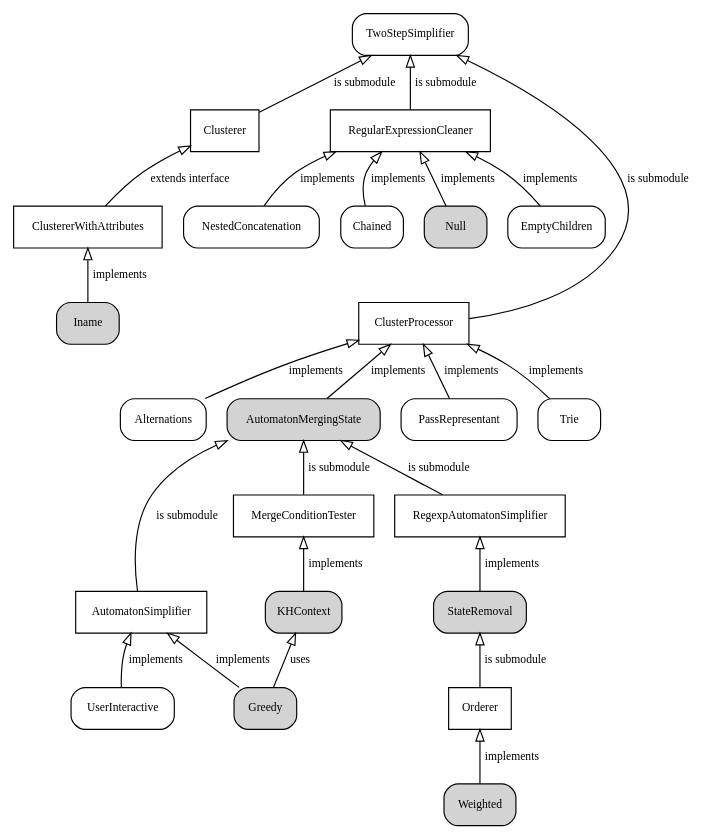
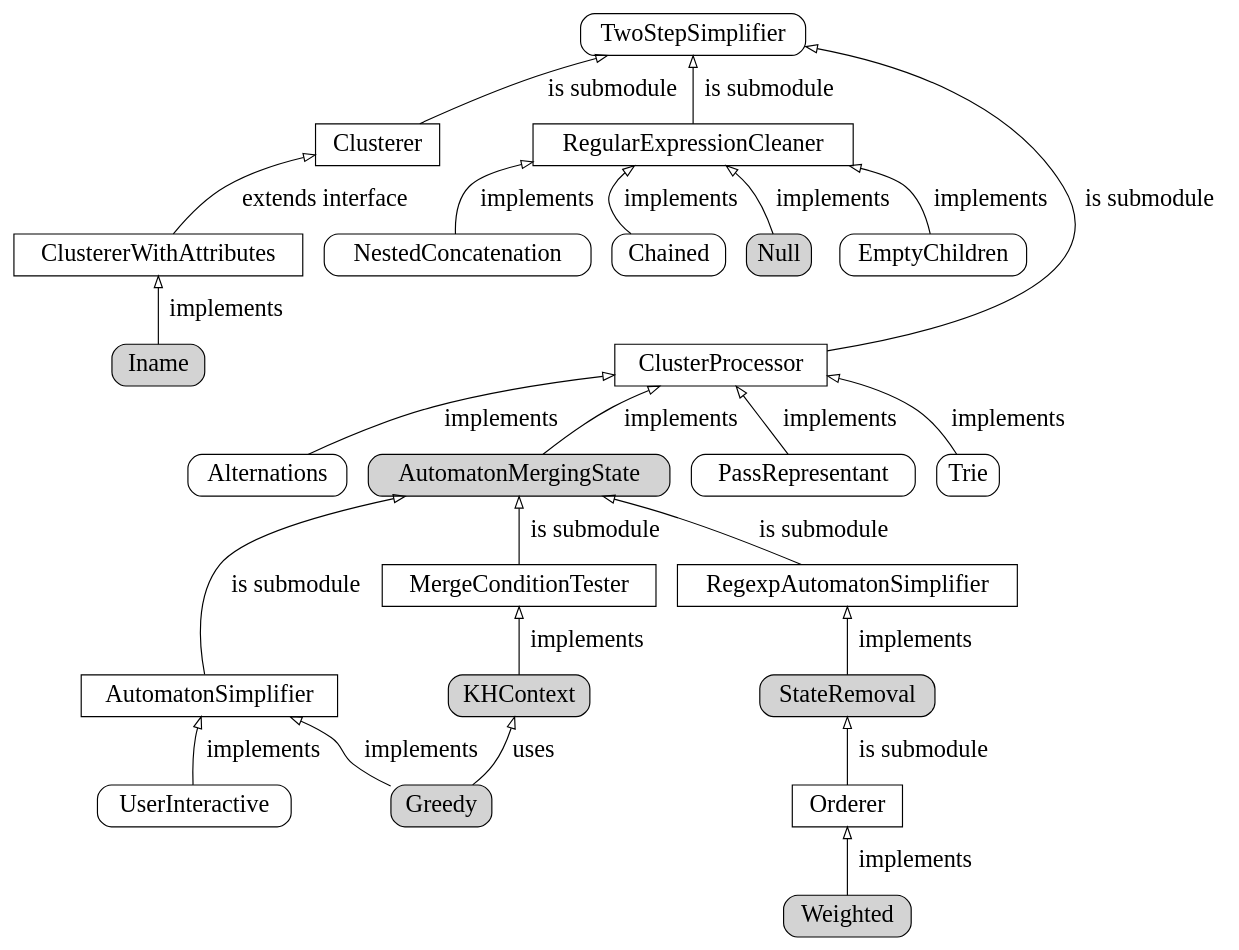
One commit to otmarjr/jInfer-fork changed the diagram in doc/jInfer/twostep/twostep_modules_complete.gv. Above: the diagram before and after it, drawn with Graphviz. The commit also changed 5 other files, not shown here.

Commit message:
3159165 Create documentation fof TwoStep simplifier - magic number mangling on figures to get it on 15 pages, also wraped figure used.

```diff
--- a/doc/jInfer/twostep/twostep_modules_complete.gv
+++ b/doc/jInfer/twostep/twostep_modules_complete.gv
@@ -1,73 +1,74 @@
 digraph twostep_modules_complete {
-	node [shape = rectangle, fontname = "TeXGyrePagella-Regular", fontsize = 10];
-	edge [fontname = "TeXGyrePagella-Regular", fontsize = 10, arrowhead = empty];
+	node [shape = rectangle, fontname = "TeXGyrePagella-Regular", fontsize = 21];
+	edge [fontname = "TeXGyrePagella-Regular", fontsize = 21, arrowhead = empty];
+	size = "17.5, 17.5";
 	rankdir = BT;
 
 /* TwoStep modules */
 	TwoStepSimplifier [style = rounded];
 	Clusterer -> TwoStepSimplifier [label = "is submodule"];
 	ClusterProcessor -> TwoStepSimplifier [label = "is submodule"];
 	RegularExpressionCleaner -> TwoStepSimplifier [label = "is submodule"];
 
 	ClustererWithAttributes -> Clusterer [label = "extends interface"];
 	Iname [style = "rounded,filled"];
 	Iname -> ClustererWithAttributes [label = "implements"];
 	
 	Alternations [style = rounded];
 	Alternations -> ClusterProcessor [label = "implements"];
 	
 	AutomatonMergingState [style = rounded];
 	AutomatonMergingState -> ClusterProcessor [label = "implements"];
 	
 	PassRepresentant [style = rounded];
 	PassRepresentant -> ClusterProcessor [label = "implements"];
 	
 	Trie [style = rounded];
 	Trie -> ClusterProcessor [label = "implements"];
 
 	Null [style = "rounded,filled"];
 	Null -> RegularExpressionCleaner [label = "implements"];
 
 	EmptyChildren [style = rounded];
 	EmptyChildren -> RegularExpressionCleaner [label = "implements"];
 
 	NestedConcatenation [style = rounded];
 	NestedConcatenation -> RegularExpressionCleaner [label = "implements"];
 
 	Chained [style = rounded];
 	Chained -> RegularExpressionCleaner [label = "implements"];
 
 	ClusterProcessor -> ClustererWithAttributes [style = invis];
 	ClusterProcessor -> Null [style = invis];
 	ClusterProcessor -> EmptyChildren [style = invis];
 	ClusterProcessor -> NestedConcatenation [style = invis];
 	ClusterProcessor -> Chained [style = invis];
 
 /* AutomatonMergingState modules */
 	AutomatonMergingState [style = "rounded,filled"];
 	AutomatonSimplifier -> AutomatonMergingState [label = "is submodule"];
 	RegexpAutomatonSimplifier -> AutomatonMergingState [label = "is submodule"];
 	MergeConditionTester -> AutomatonMergingState [label = "is submodule"];
 
 	Greedy [style = "rounded,filled"];
 	Greedy -> AutomatonSimplifier [label = "implements"];
 	
 	StateRemoval [style = rounded];
 	StateRemoval -> RegexpAutomatonSimplifier [label = "implements"];
 	
 	KHContext [style = "rounded,filled"];
 	KHContext -> MergeConditionTester [label = "implements"];
 	
 	Greedy -> KHContext [label = "uses"];
 
 	UserInteractive [style = rounded];
 	UserInteractive -> AutomatonSimplifier [label = "implements"];
 	
 	
 /* StateRemoval modules */
 	StateRemoval [style = "rounded,filled"];
 	Orderer -> StateRemoval [label = "is submodule"];
 
 	Weighted [style = "rounded,filled"];
 	Weighted -> Orderer [label = "implements"];	
 }
```
